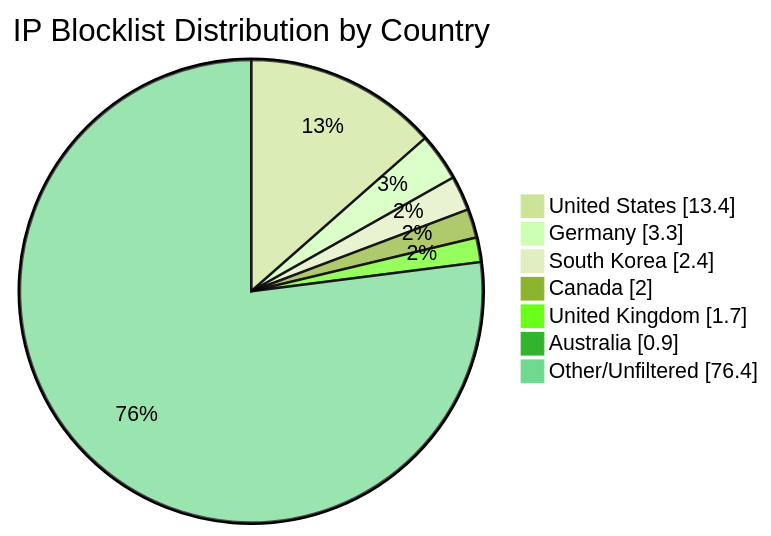
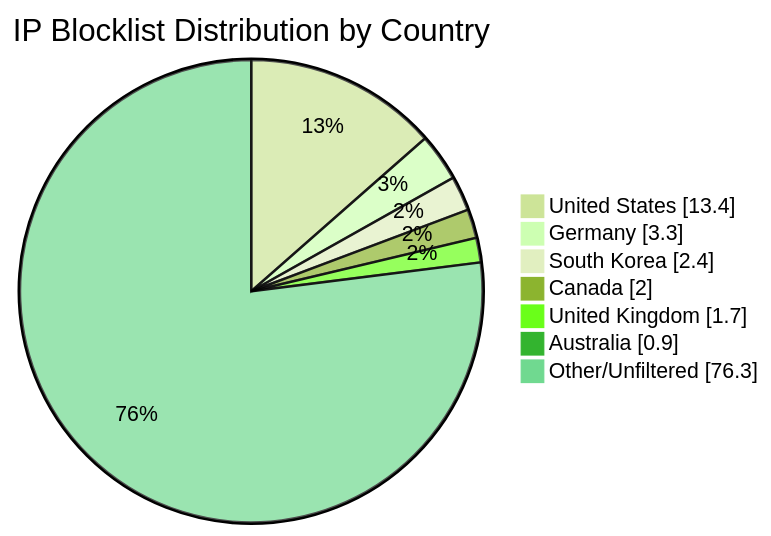
One commit to MarcusHoltz/ipblocklist-geofiltered-aggregator changed the diagram in README.md. Above: the diagram before and after it, drawn with Mermaid (forest theme). The commit also changed other lines of this file and 9 other files, not shown here.

````diff
--- a/README.md
+++ b/README.md
@@ -34,10 +34,10 @@
 ```mermaid
 pie showData title IP Blocklist Distribution by Country
 "United States" : 13.4
 "Germany" : 3.3
 "South Korea" : 2.4
 "Canada" : 2.0
 "United Kingdom" : 1.7
 "Australia" : 0.9
-"Other/Unfiltered" : 76.4
+"Other/Unfiltered" : 76.3
 ```
````
